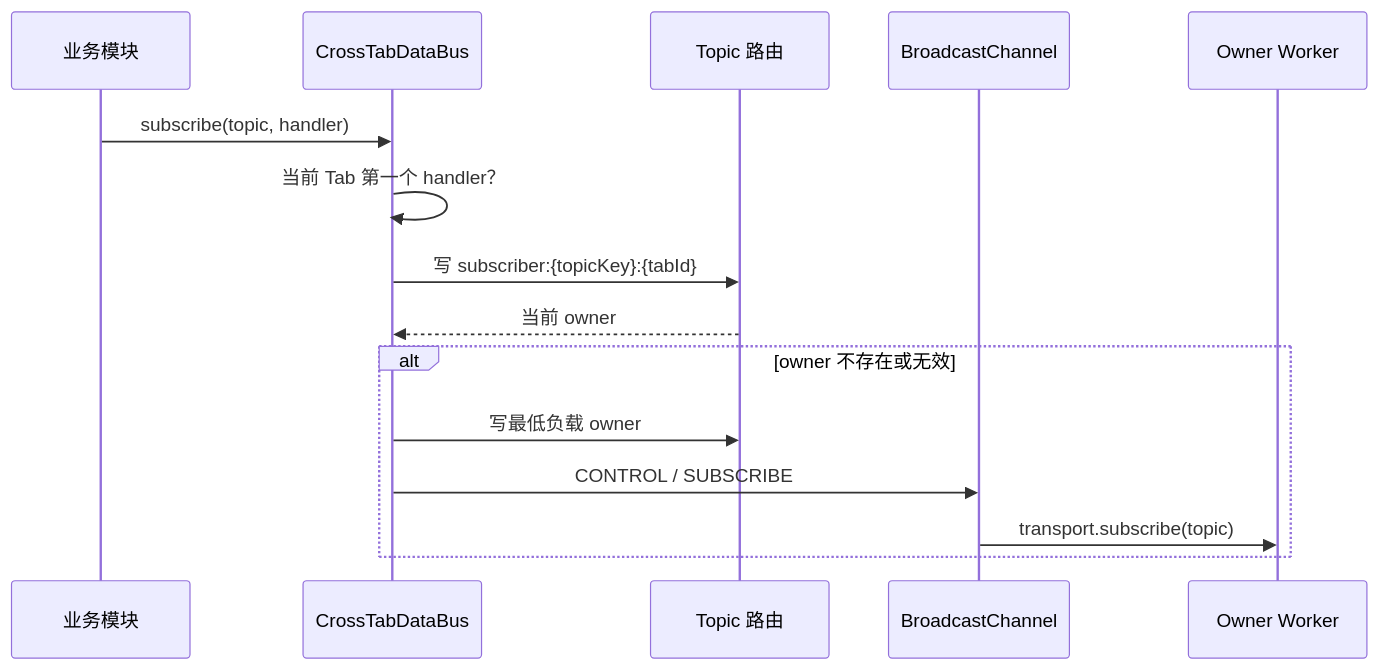
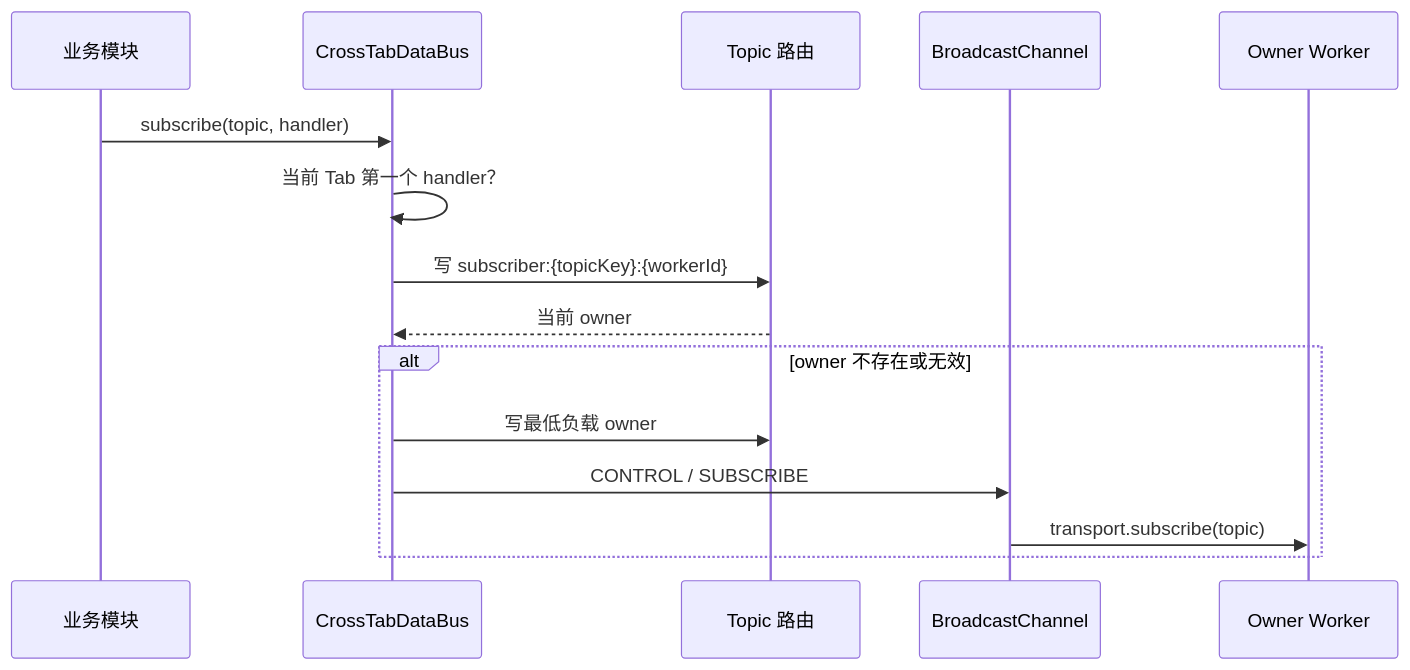
Before and after one commit to Sun1090/cross-tab-worker-databus: the third of 4 diagrams in docs/zh/architecture.md, drawn with Mermaid. The commit also changed other lines of this file and 10 other files, not shown here.

First line of the commit message:
fix(cluster): key subscriber records per Runtime, not per Tab (#446)

````diff
--- a/docs/zh/architecture.md
+++ b/docs/zh/architecture.md
@@ -381,18 +381,18 @@
 ```mermaid
 sequenceDiagram
   participant App as 业务模块
   participant Bus as CrossTabDataBus
   participant Route as Topic 路由
   participant Channel as BroadcastChannel
   participant Owner as Owner Worker
 
   App->>Bus: subscribe(topic, handler)
   Bus->>Bus: 当前 Tab 第一个 handler？
-  Bus->>Route: 写 subscriber:{topicKey}:{tabId}
+  Bus->>Route: 写 subscriber:{topicKey}:{workerId}
   Route-->>Bus: 当前 owner
   alt owner 不存在或无效
     Bus->>Route: 写最低负载 owner
     Bus->>Channel: CONTROL / SUBSCRIBE
     Channel->>Owner: transport.subscribe(topic)
   end
 ```
````
